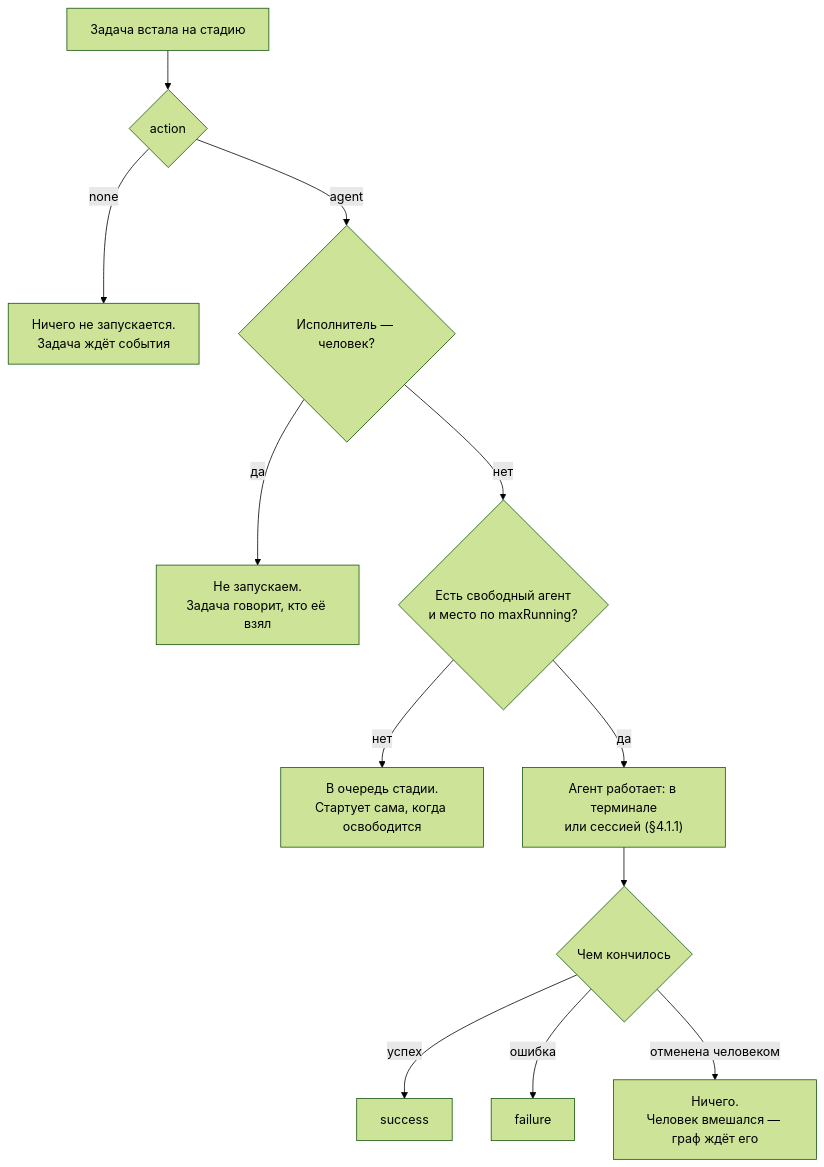
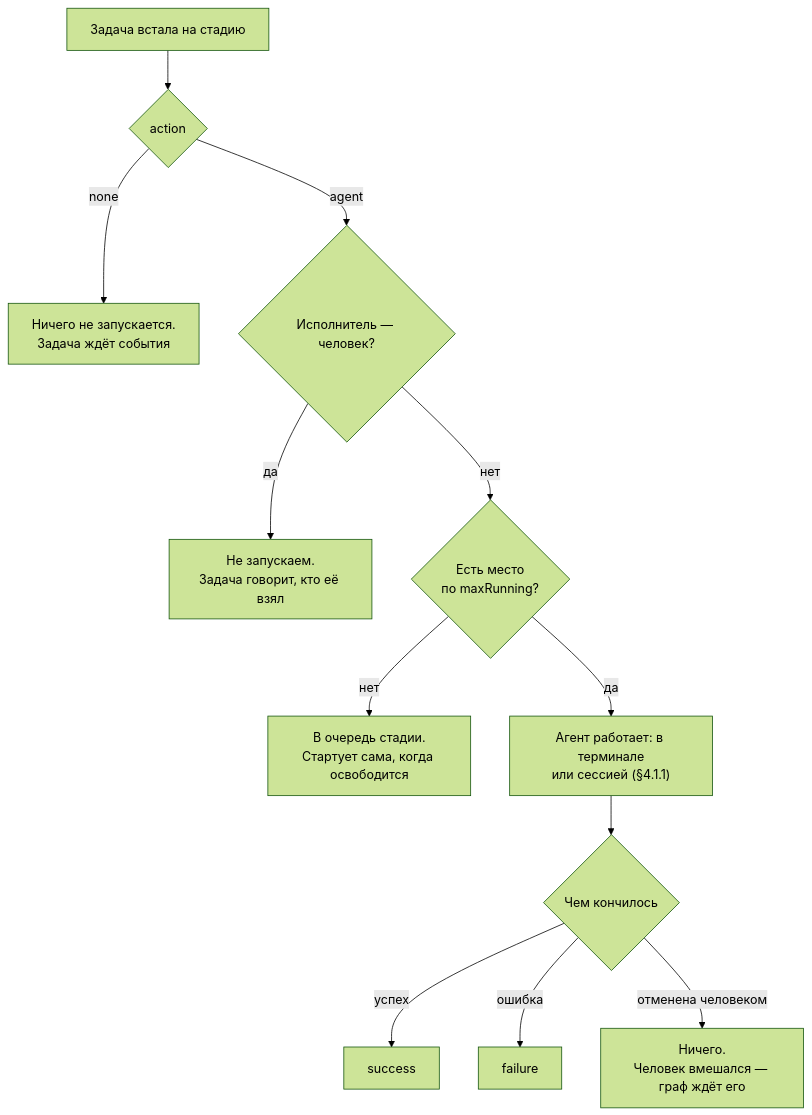
Before and after one commit to artipop/xxvi: the third of 3 diagrams in docs/system.md, drawn with Mermaid (forest theme). The commit also changed other lines of this file and 31 other files, not shown here.

````diff
--- a/docs/system.md
+++ b/docs/system.md
@@ -514,14 +510,14 @@
 ```mermaid
 flowchart TD
     A["Задача встала на стадию"] --> B{"action"}
     B -- none --> Z["Ничего не запускается.<br/>Задача ждёт события"]
     B -- agent --> C{"Исполнитель — человек?"}
     C -- да --> Y["Не запускаем.<br/>Задача говорит, кто её взял"]
-    C -- нет --> D{"Есть свободный агент<br/>и место по maxRunning?"}
+    C -- нет --> D{"Есть место<br/>по maxRunning?"}
     D -- нет --> Q["В очередь стадии.<br/>Стартует сама, когда освободится"]
     D -- да --> E["Агент работает: в терминале<br/>или сессией (§4.1.1)"]
     E --> F{"Чем кончилось"}
     F -- успех --> S["success"]
     F -- ошибка --> FA["failure"]
     F -- отменена человеком --> N["Ничего.<br/>Человек вмешался — граф ждёт его"]
 ```
````
